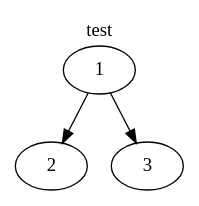
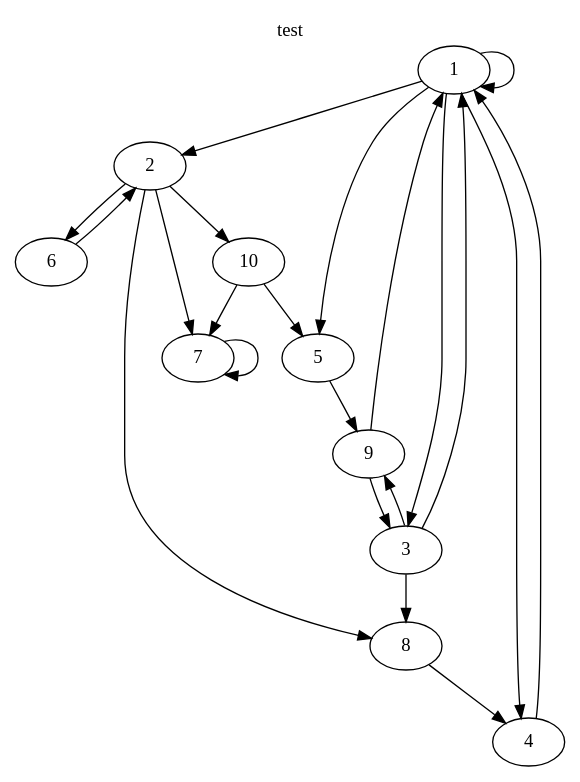
One commit to DQsamayoa/tweensvg changed the diagram in test_inputs/dot1/frame1.dot. Above: the diagram before and after it, drawn with Graphviz. The commit also changed 1 other file, not shown here.

```diff
--- a/test_inputs/dot1/frame1.dot
+++ b/test_inputs/dot1/frame1.dot
@@ -1,10 +1,36 @@
 
 digraph frame{
     labelloc="t";
     label="test";
     1 [id=node1];
     2 [id=node2];
     3 [id=node3];
+    4 [id=node4];
+    5 [id=node5];
+    6 [id=node6];
+    7 [id=node7];
+    8 [id=node8];
+    9 [id=node9];
+    10 [id=node10];
+    1 -> 1 [id=edge_1_1];
     1 -> 2 [id=edge_1_2];
     1 -> 3 [id=edge_1_3];
+    1 -> 4 [id=edge_1_4];
+    1 -> 5 [id=edge_1_5];
+    2 -> 6 [id=edge_2_6];
+    2 -> 7 [id=edge_2_7];
+    2 -> 8 [id=edge_2_8];
+    3 -> 9 [id=edge_3_9];
+    4 -> 1 [id=edge_4_1];
+    3 -> 1 [id=edge_3_1];
+    3 -> 8 [id=edge_3_8];
+    5 -> 9 [id=edge_5_9];
+    2 -> 10 [id=edge_2_10];
+    7 -> 7 [id=edge_7_7];
+    8 -> 4 [id=edge_8_4];
+    9 -> 3 [id=edge_9_3];
+    10 -> 7 [id=edge_10_7];
+    10 -> 5 [id=edge_10_5];
+    9 -> 1 [id=edge_9_1];
+    6 -> 2 [id=edge_6_2];
 }
```
